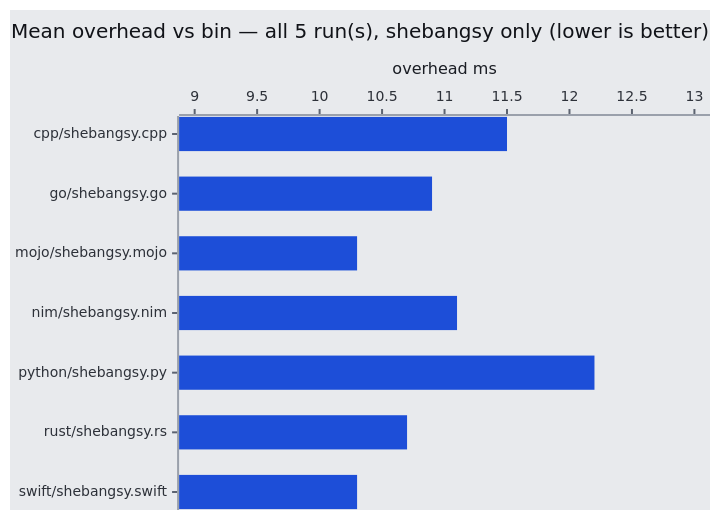
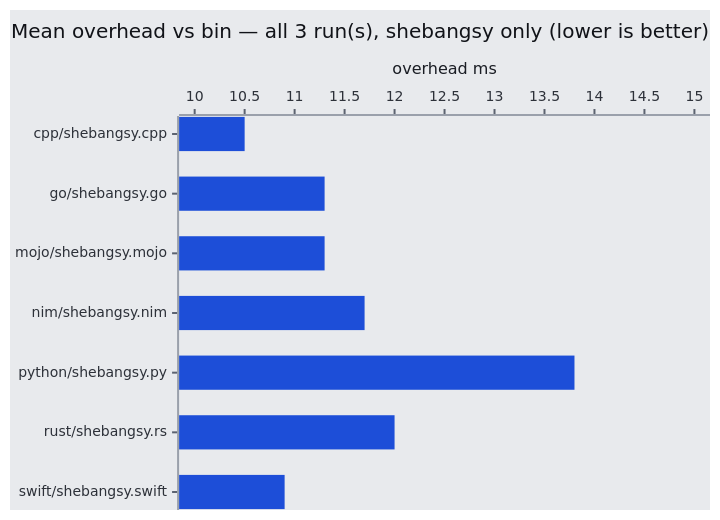
One commit to bdombro/shebangsy changed the fifth of 5 diagrams in benches-report.md. Above: the diagram before and after it, drawn with Mermaid. The commit also changed other lines of this file and 15 other files, not shown here.

````diff
--- a/benches-report.md
+++ b/benches-report.md
@@ -131,23 +131,23 @@
 ```mermaid
 ---
 config:
   themeVariables:
     xyChart:
       backgroundColor: "#e8eaed"
       plotColorPalette: "#1d4ed8, #15803d, #a16207, #7c3aed, #b91c1c, #0e7490, #4338ca"
       titleColor: "#111318"
       xAxisLabelColor: "#2d3139"
       yAxisLabelColor: "#2d3139"
       xAxisTitleColor: "#1a1d24"
       yAxisTitleColor: "#1a1d24"
       xAxisLineColor: "#9aa0ab"
       yAxisLineColor: "#9aa0ab"
       xAxisTickColor: "#5c6370"
       yAxisTickColor: "#5c6370"
 ---
 xychart-beta horizontal
-    title "Mean overhead vs bin — all 5 run(s), shebangsy only (lower is better)"
+    title "Mean overhead vs bin — all 3 run(s), shebangsy only (lower is better)"
     x-axis ["cpp/shebangsy.cpp", "go/shebangsy.go", "mojo/shebangsy.mojo", "nim/shebangsy.nim", "python/shebangsy.py", "rust/shebangsy.rs", "swift/shebangsy.swift"]
-    y-axis "overhead ms" 9 --> 13
-    bar [11.5, 10.9, 10.3, 11.1, 12.2, 10.7, 10.3]
+    y-axis "overhead ms" 10 --> 15
+    bar [10.5, 11.3, 11.3, 11.7, 13.8, 12.0, 10.9]
 ```
````
